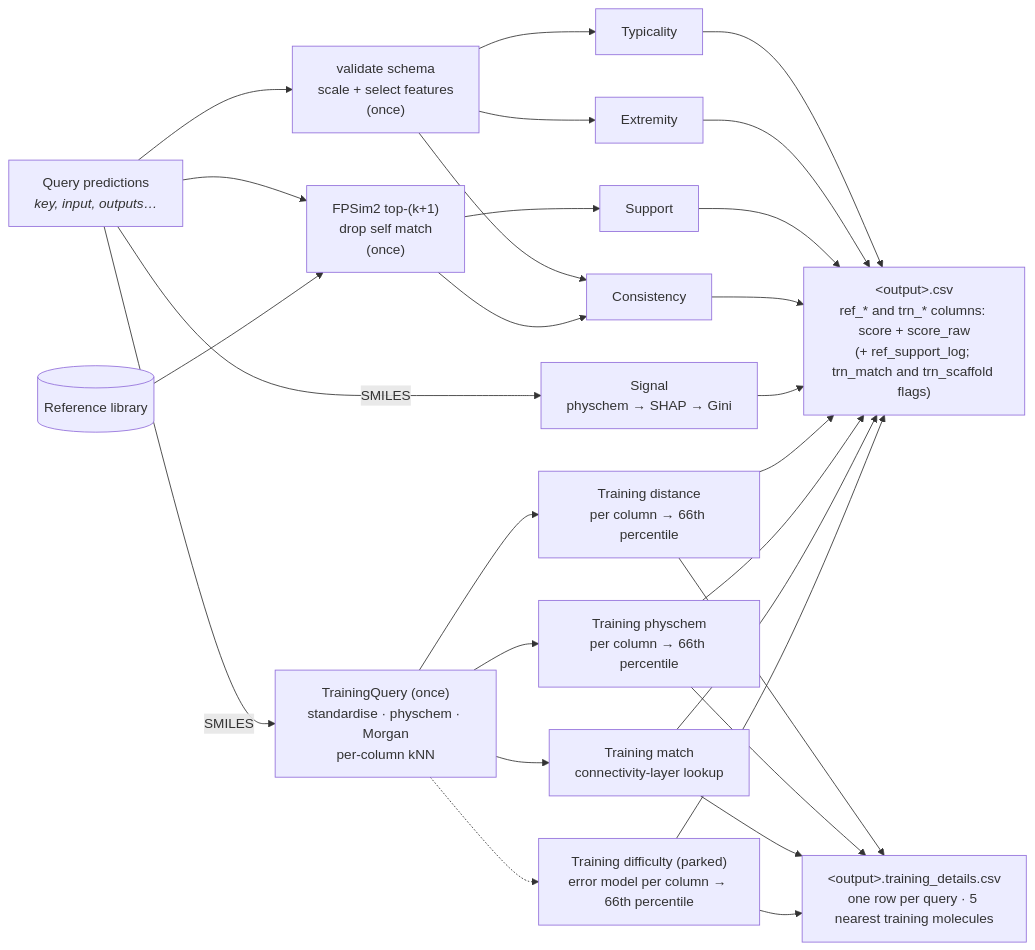
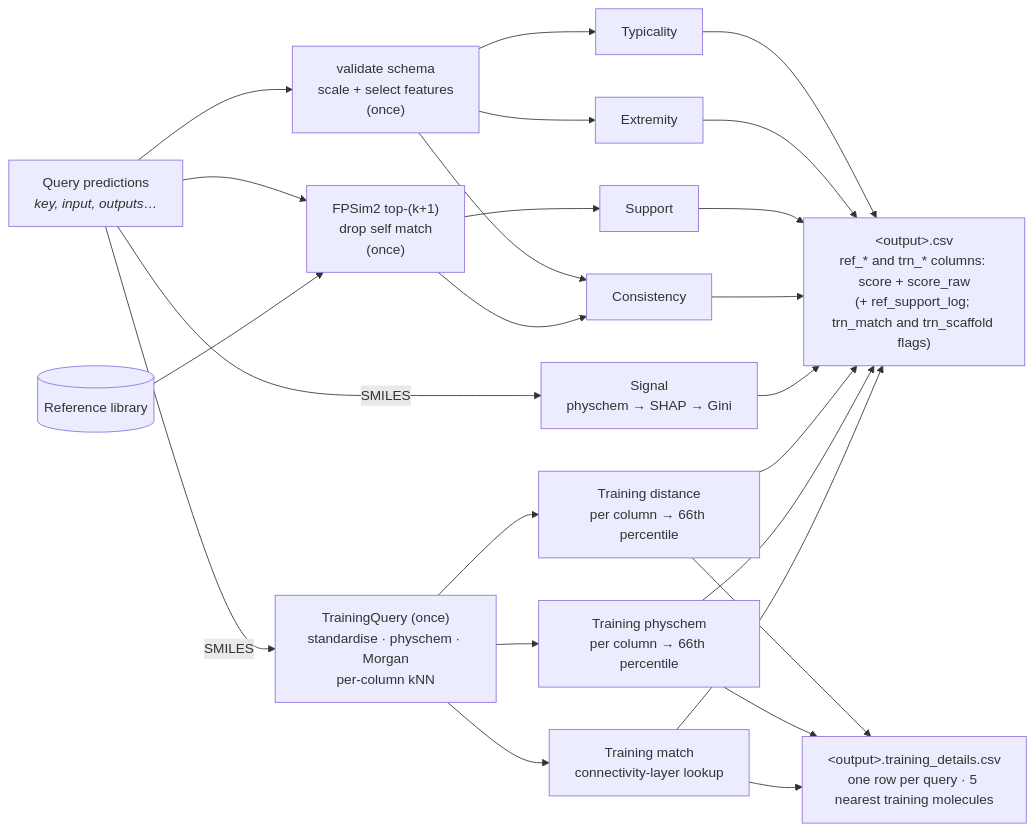
The third of 3 diagrams in docs/diagram.md (ersilia-os/eosquality), drawn with Mermaid before and after one commit. The commit also changed other lines of this file and 34 other files, not shown here.

First line of the commit message:
Training: remove the error model (trn_difficulty), labels and CV folds

````diff
--- a/docs/diagram.md
+++ b/docs/diagram.md
@@ -40,16 +39,15 @@
 ```mermaid
 flowchart LR
     Q["Query predictions<br/><i>key, input, outputs…</i>"] --> SCALE["validate schema<br/>scale + select features<br/>(once)"]
     Q --> FPQ["FPSim2 top-(k+1)<br/>drop self match<br/>(once)"]
     LIB[("Reference library")] --> FPQ
     SCALE --> TYP[Typicality] & EXT[Extremity] & CON[Consistency]
     FPQ --> SUP[Support] & CON
     Q -- SMILES --> SIG["Signal<br/>physchem → SHAP → Gini"]
     Q -- SMILES --> TQ["TrainingQuery (once)<br/>standardise · physchem · Morgan<br/>per-column kNN"]
     TQ --> TDR["Training distance<br/>per column → 66th percentile"]
     TQ --> TPH["Training physchem<br/>per column → 66th percentile"]
     TQ --> TMA["Training match<br/>connectivity-layer lookup"]
-    TQ -.-> TDF["Training difficulty (parked)<br/>error model per column → 66th percentile"]
-    TDR & TPH & TMA & TDF --> DET["&lt;output&gt;.training_details.csv<br/>one row per query · 5 nearest training molecules"]
-    TYP & EXT & SUP & CON & SIG & TDR & TPH & TMA & TDF --> OUT["&lt;output&gt;.csv<br/>ref_* and trn_* columns: score + score_raw<br/>(+ ref_support_log; trn_match and trn_scaffold flags)"]
+    TDR & TPH & TMA --> DET["&lt;output&gt;.training_details.csv<br/>one row per query · 5 nearest training molecules"]
+    TYP & EXT & SUP & CON & SIG & TDR & TPH & TMA --> OUT["&lt;output&gt;.csv<br/>ref_* and trn_* columns: score + score_raw<br/>(+ ref_support_log; trn_match and trn_scaffold flags)"]
 ```
````
